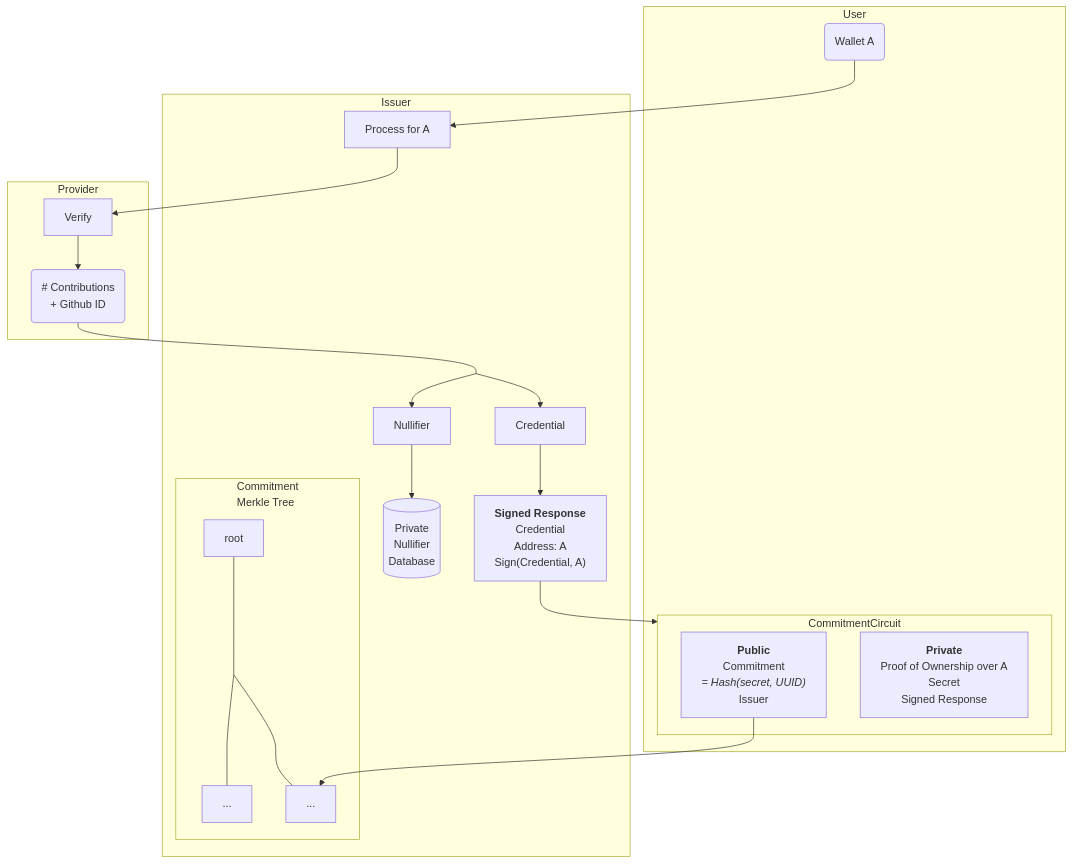
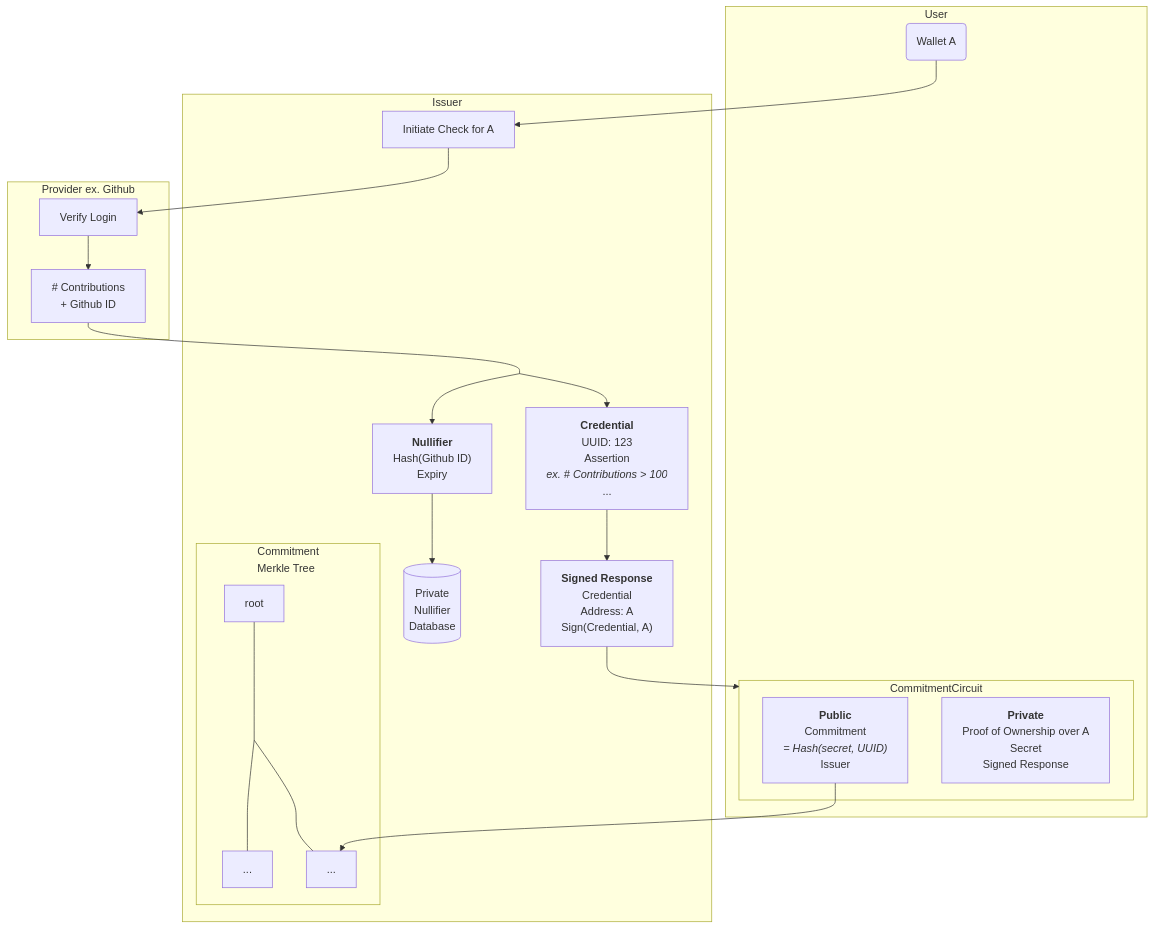
The diagram in circuits/docs/tst.mmd (passportxyz/passport), drawn with Mermaid before and after one commit.

```diff
--- a/circuits/docs/tst.mmd
+++ b/circuits/docs/tst.mmd
@@ -1,39 +1,45 @@
 graph TB
 
-    A(Wallet A)-->Process[Process for A]
+    A(Wallet A)-->Process[Initiate Check for A]
     Process-->Verify
-    Data(# Contributions\n+ Github ID)---ProcessProviderResponse[ ]:::empty
+    Data[# Contributions\n+ Github ID]---ProcessProviderResponse[ ]:::empty
     SignedResponse["`**Signed Response**
       Credential
       Address: A
       Sign(Credential, A)`"]-->CommitmentCircuit
     subgraph User
       A
       subgraph CommitmentCircuit
         CommitmentPublic["`**Public**
           Commitment
           *= Hash(secret, UUID)*
           Issuer`"]
         CommitmentPrivate["`**Private**
           Proof of Ownership over A
           Secret
           Signed Response`"]
       end
     end
     subgraph Issuer
       Process
-      ProcessProviderResponse-->Nullifier
-      ProcessProviderResponse-->Credential
+      ProcessProviderResponse-->Nullifier["`**Nullifier**
+        Hash(Github ID)
+        Expiry`"]
+      ProcessProviderResponse-->Credential["`**Credential**
+        UUID: 123
+        Assertion
+        *ex. # Contributions > 100*
+        ...`"]
       Credential-->SignedResponse
       Nullifier-->NullifierDB[(Private\nNullifier\nDatabase)]
       subgraph Commitment\nMerkle Tree
         MerkleRoot[root]---MerkleSplitter[ ]:::empty
         MerkleSplitter---MerkleLeaf1[...]
         MerkleSplitter---MerkleLeaf2[...]
       end
     end
-    subgraph Provider
-      Verify-->Data
+    subgraph Provider ex. Github
+      Verify[Verify Login]-->Data
     end
     CommitmentPublic-->MerkleLeaf2
     classDef empty width:0px,height:0px;
```
